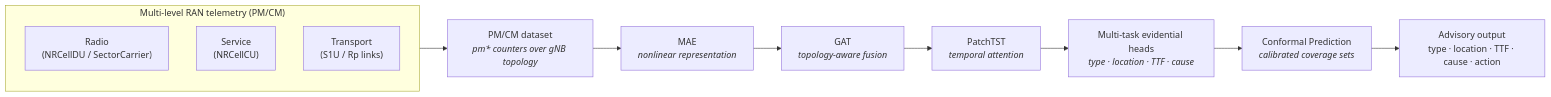
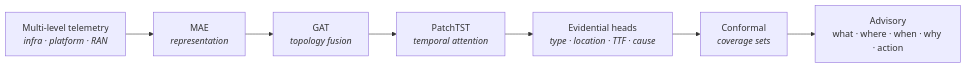
Before and after one commit to basillicus/autofm: the diagram in docs/SYSTEM_DESIGN.md, drawn with Mermaid. The commit also changed other lines of this file and 12 other files, not shown here.

````diff
--- a/docs/SYSTEM_DESIGN.md
+++ b/docs/SYSTEM_DESIGN.md
@@ -123,16 +70,9 @@
 ```mermaid
 flowchart LR
-    subgraph TELE["Multi-level RAN telemetry (PM/CM)"]
-        RADIO["Radio<br/>(NRCellDU / SectorCarrier)"]
-        SVC["Service<br/>(NRCellCU)"]
-        TRANS["Transport<br/>(S1U / Rp links)"]
-    end
-
-    TELE --> DG["PM/CM dataset<br/><i>pm* counters over gNB topology</i>"]
-    DG --> MAE["MAE<br/><i>nonlinear representation</i>"]
-    MAE --> GAT["GAT<br/><i>topology-aware fusion</i>"]
+    TELE["Multi-level telemetry<br/><i>infra · platform · RAN</i>"] --> MAE["MAE<br/><i>representation</i>"]
+    MAE --> GAT["GAT<br/><i>topology fusion</i>"]
     GAT --> PTST["PatchTST<br/><i>temporal attention</i>"]
-    PTST --> HEADS["Multi-task evidential heads<br/><i>type · location · TTF · cause</i>"]
-    HEADS --> CP["Conformal Prediction<br/><i>calibrated coverage sets</i>"]
-    CP --> ADV["Advisory output<br/>type · location · TTF · cause · action"]
+    PTST --> HEADS["Evidential heads<br/><i>type · location · TTF · cause</i>"]
+    HEADS --> CP["Conformal<br/><i>coverage sets</i>"]
+    CP --> ADV["Advisory<br/>what · where · when · why · action"]
 ```
````
